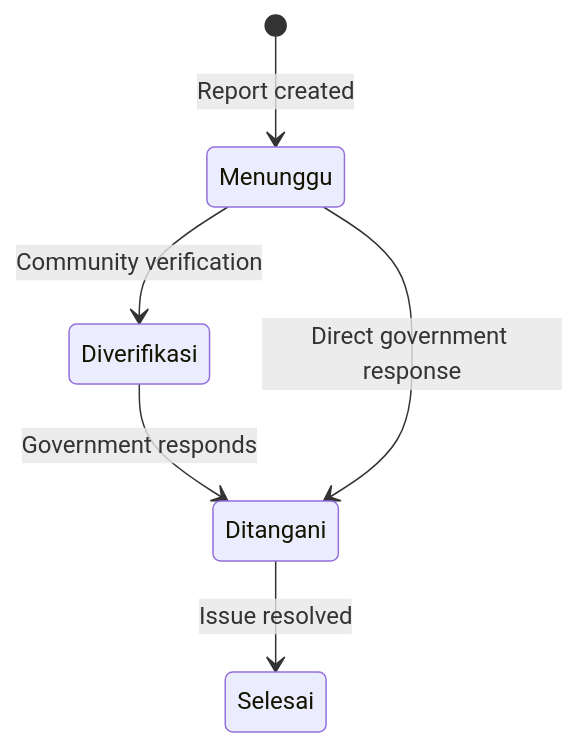
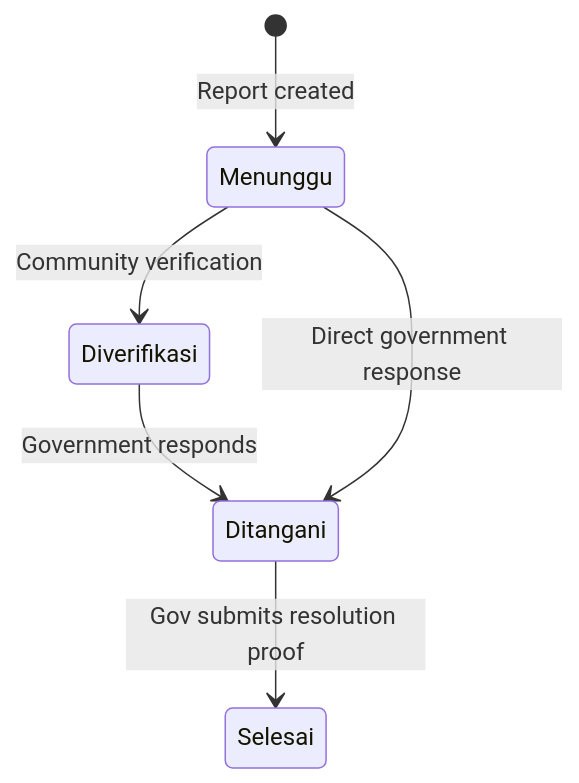
The second of 3 diagrams in docs/ERD.md (StackHorizon-ProxoCoris/frontend-mobileapp), drawn with Mermaid before and after one commit. The commit also changed other lines of this file and 4 other files, not shown here.

````diff
--- a/docs/ERD.md
+++ b/docs/ERD.md
@@ -300,8 +270,8 @@
 ```mermaid
 stateDiagram-v2
     [*] --> Menunggu : Report created
     Menunggu --> Diverifikasi : Community verification
     Diverifikasi --> Ditangani : Government responds
-    Ditangani --> Selesai : Issue resolved
+    Ditangani --> Selesai : Gov submits resolution proof
     Menunggu --> Ditangani : Direct government response
 ```
````
